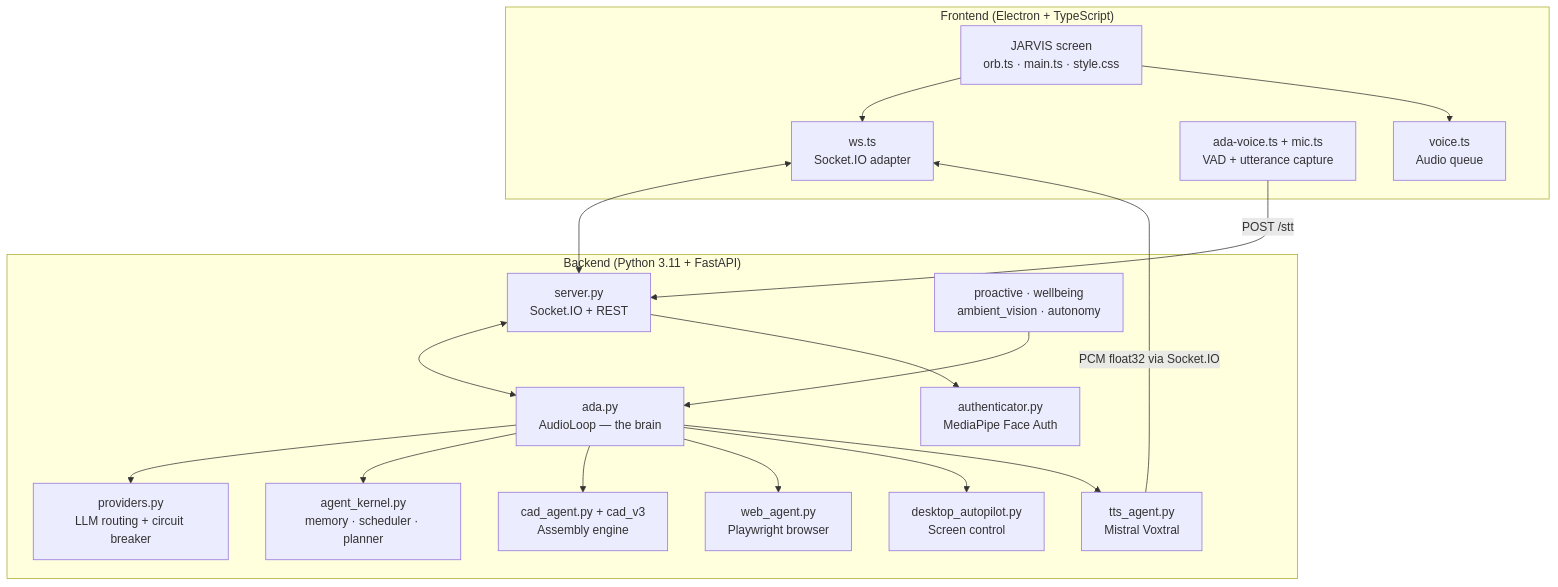
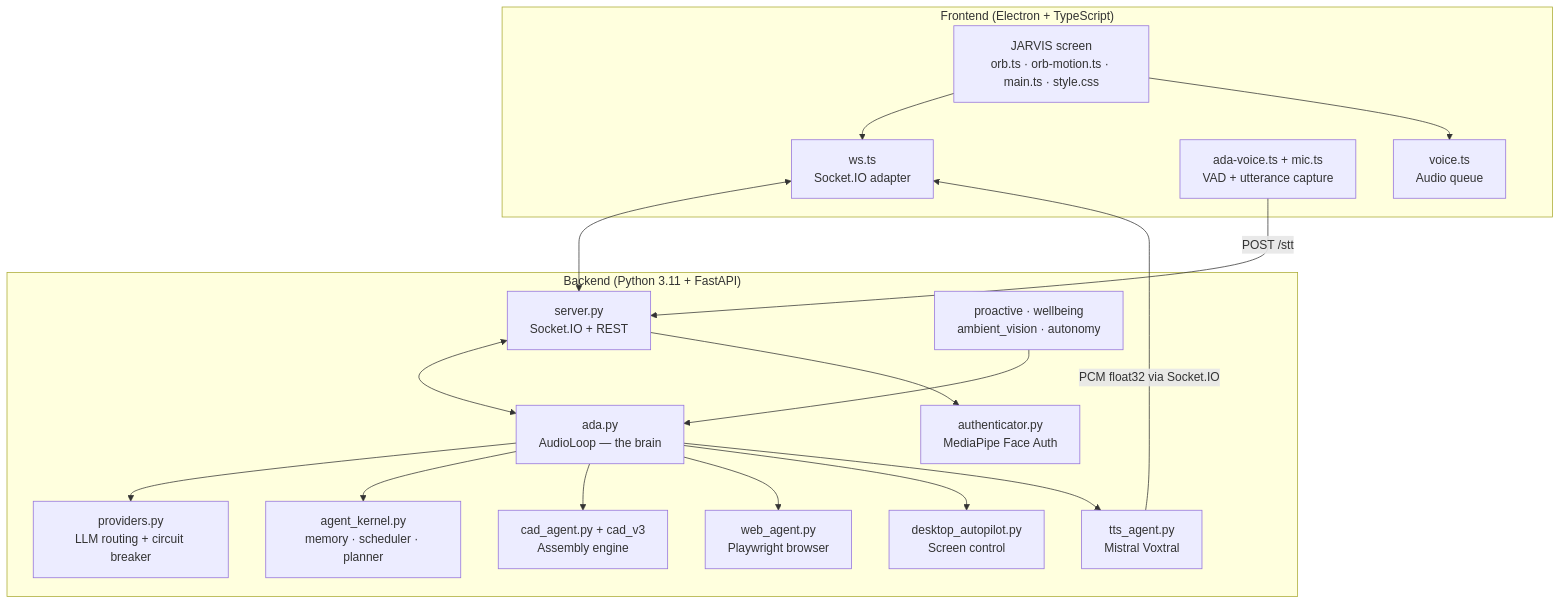
The diagram in README.md (yashkendidex-bit/ada-v2), drawn with Mermaid before and after one commit. The commit also changed other lines of this file and 5 other files, not shown here.

First line of the commit message:
Make the JARVIS orb live: hear the mic, breathe, pulse on state change

````diff
--- a/README.md
+++ b/README.md
@@ -39,37 +39,37 @@
 ```mermaid
 graph TB
     subgraph Frontend ["Frontend (Electron + TypeScript)"]
-        UI[JARVIS screen<br/>orb.ts · main.ts · style.css]
+        UI[JARVIS screen<br/>orb.ts · orb-motion.ts · main.ts · style.css]
         LINK[ws.ts<br/>Socket.IO adapter]
         MIC[ada-voice.ts + mic.ts<br/>VAD + utterance capture]
         VOICE[voice.ts<br/>Audio queue]
     end
     
     subgraph Backend ["Backend (Python 3.11 + FastAPI)"]
         SERVER[server.py<br/>Socket.IO + REST]
         ADA[ada.py<br/>AudioLoop — the brain]
         PROVIDERS[providers.py<br/>LLM routing + circuit breaker]
         KERNEL[agent_kernel.py<br/>memory · scheduler · planner]
         TTS[tts_agent.py<br/>Mistral Voxtral]
         CAD[cad_agent.py + cad_v3<br/>Assembly engine]
         WEB[web_agent.py<br/>Playwright browser]
         AUTO[desktop_autopilot.py<br/>Screen control]
         AUTH[authenticator.py<br/>MediaPipe Face Auth]
         AMBIENT[proactive · wellbeing<br/>ambient_vision · autonomy]
     end
     
     UI --> LINK
     UI --> VOICE
     MIC -->|POST /stt| SERVER
     LINK <--> SERVER
     SERVER <--> ADA
     ADA --> PROVIDERS
     ADA --> KERNEL
     ADA --> CAD
     ADA --> WEB
     ADA --> AUTO
     ADA --> TTS
     AMBIENT --> ADA
     SERVER --> AUTH
     TTS -->|PCM float32 via Socket.IO| LINK
 ```
````
